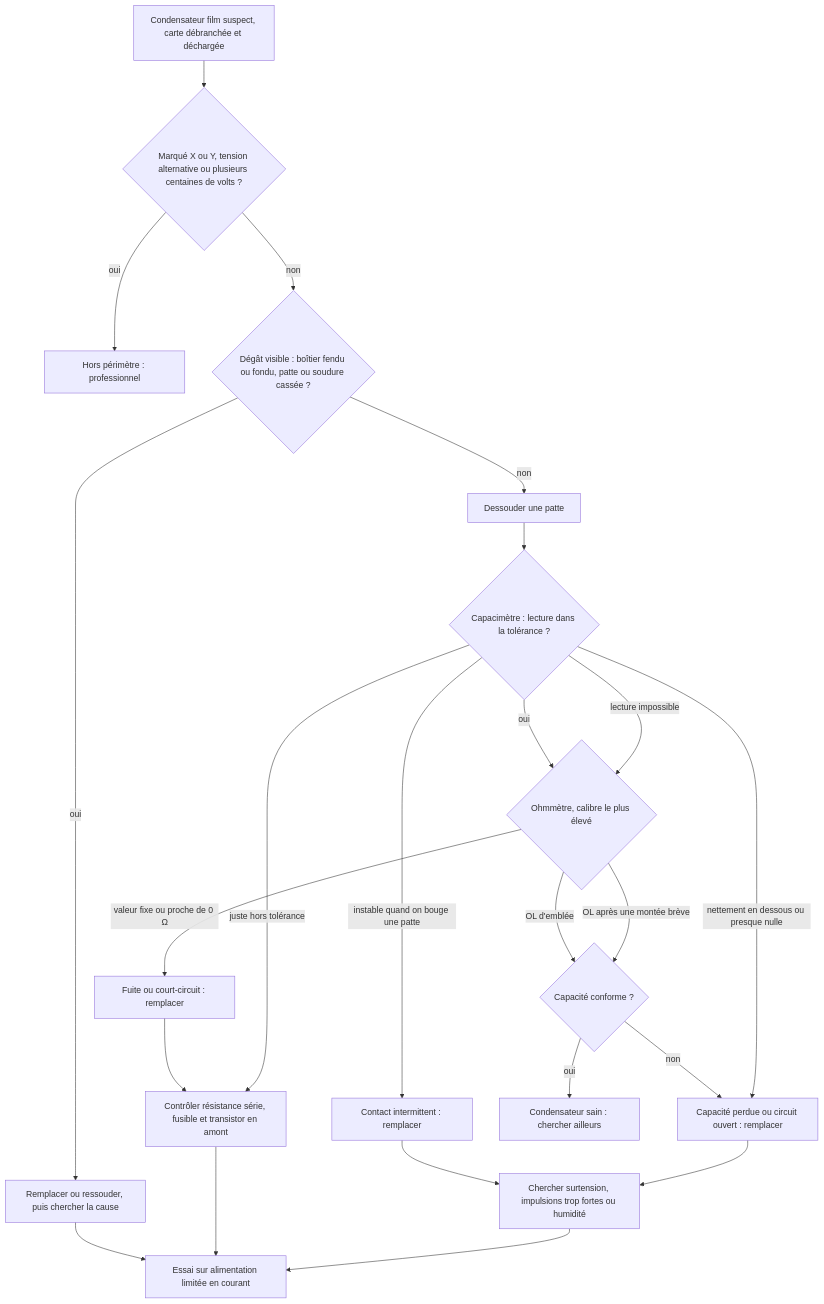
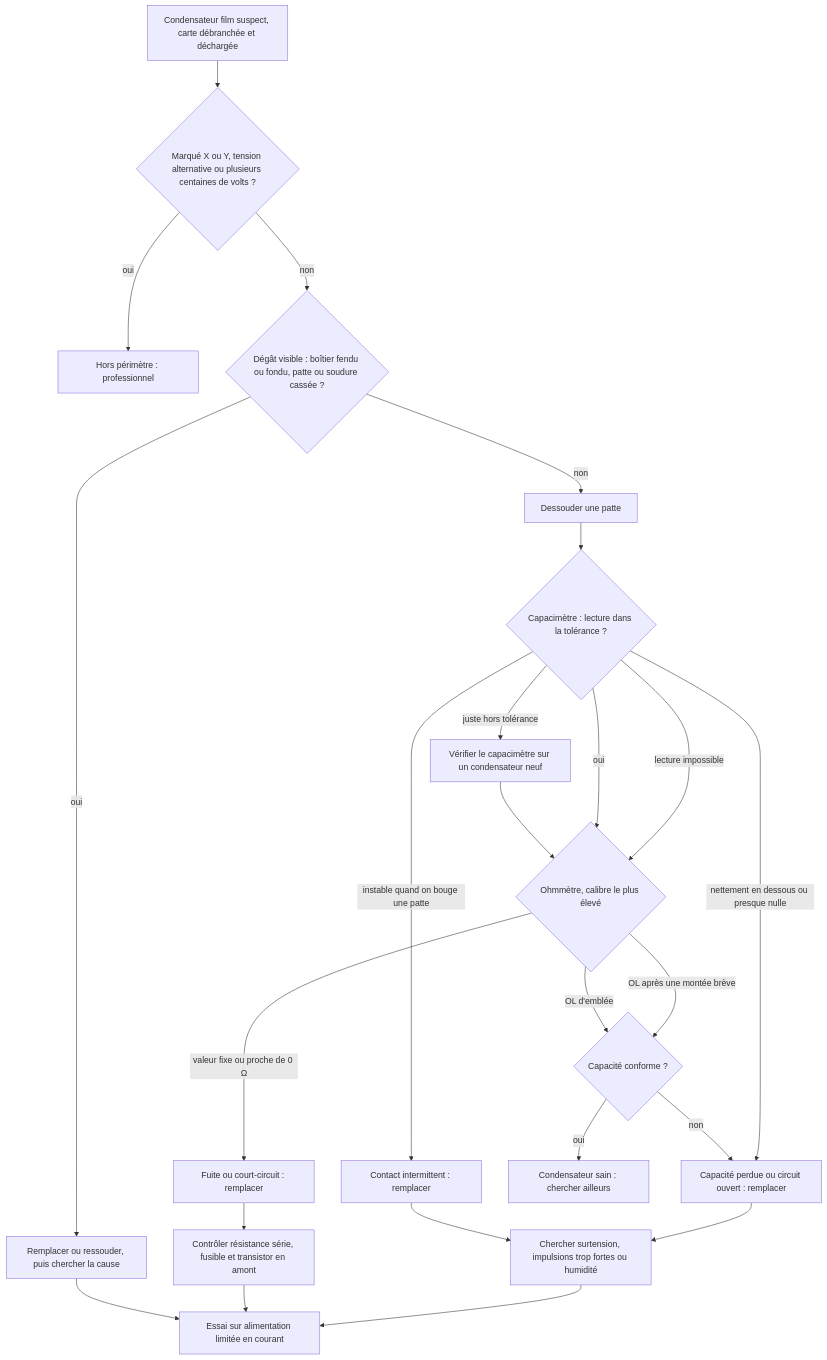
Before and after one commit to benoit-bremaud/ohm-sweet-ohm: the diagram in troubleshooting/21_condensateur_film/README.md, drawn with Mermaid. The commit also changed 6 other files, not shown here.

````diff
--- a/troubleshooting/21_condensateur_film/README.md
+++ b/troubleshooting/21_condensateur_film/README.md
@@ -155,25 +155,25 @@
 ```mermaid
 flowchart TD
   A[Condensateur film suspect, carte débranchée et déchargée] --> B{Marqué X ou Y, tension alternative ou plusieurs centaines de volts ?}
   B -- oui --> C[Hors périmètre : professionnel]
   B -- non --> D{Dégât visible : boîtier fendu ou fondu, patte ou soudure cassée ?}
   D -- oui --> R[Remplacer ou ressouder, puis chercher la cause]
   D -- non --> E[Dessouder une patte]
   E --> F{Capacimètre : lecture dans la tolérance ?}
   F -- nettement en dessous ou presque nulle --> G[Capacité perdue ou circuit ouvert : remplacer]
   F -- instable quand on bouge une patte --> H[Contact intermittent : remplacer]
   F -- lecture impossible --> I{Ohmmètre, calibre le plus élevé}
   F -- oui --> I
   I -- valeur fixe ou proche de 0 Ω --> J[Fuite ou court-circuit : remplacer]
-  F -- juste hors tolérance --> N[Vérifier le capacimètre sur un condensateur neuf]
+  F -- juste hors tolérance --> V[Vérifier le capacimètre sur un condensateur neuf] --> I
   I -- OL après une montée brève --> K{Capacité conforme ?}
   I -- OL d'emblée --> K
   K -- oui --> L[Condensateur sain : chercher ailleurs]
   K -- non --> G
   G --> M[Chercher surtension, impulsions trop fortes ou humidité]
   H --> M
   J --> N[Contrôler résistance série, fusible et transistor en amont]
   M --> O[Essai sur alimentation limitée en courant]
   N --> O
   R --> O
 ```
````
